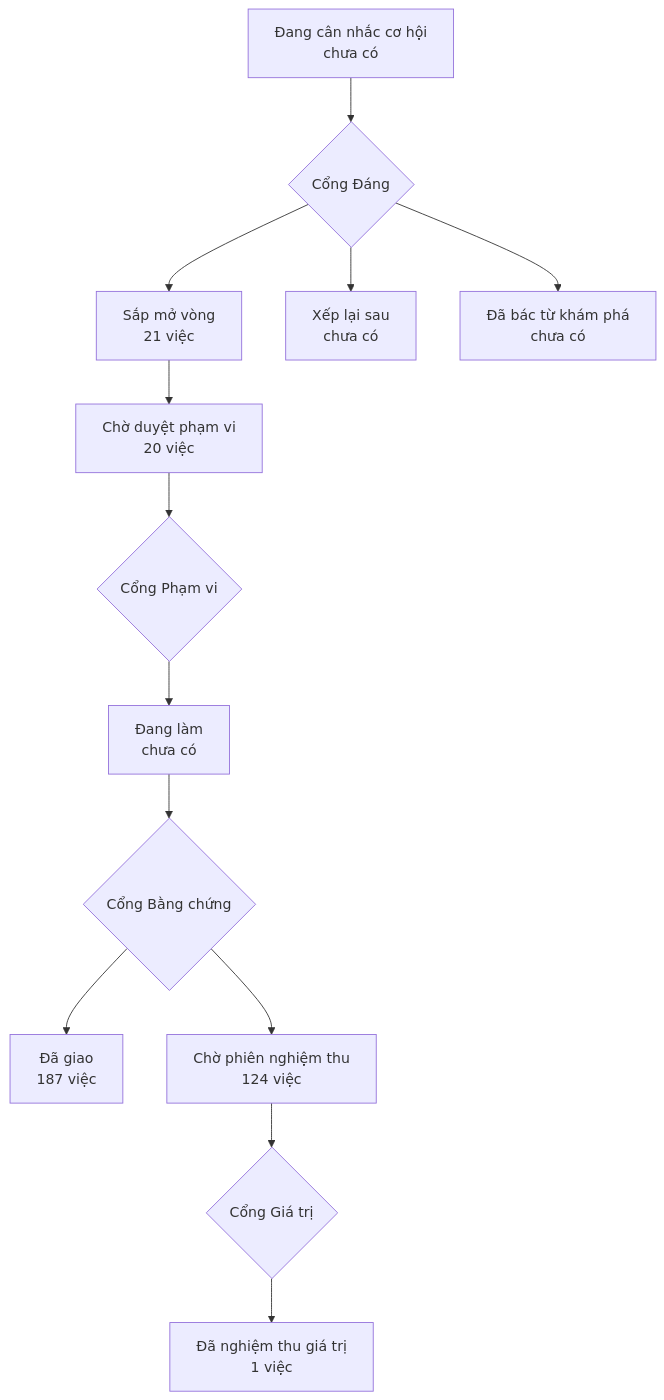
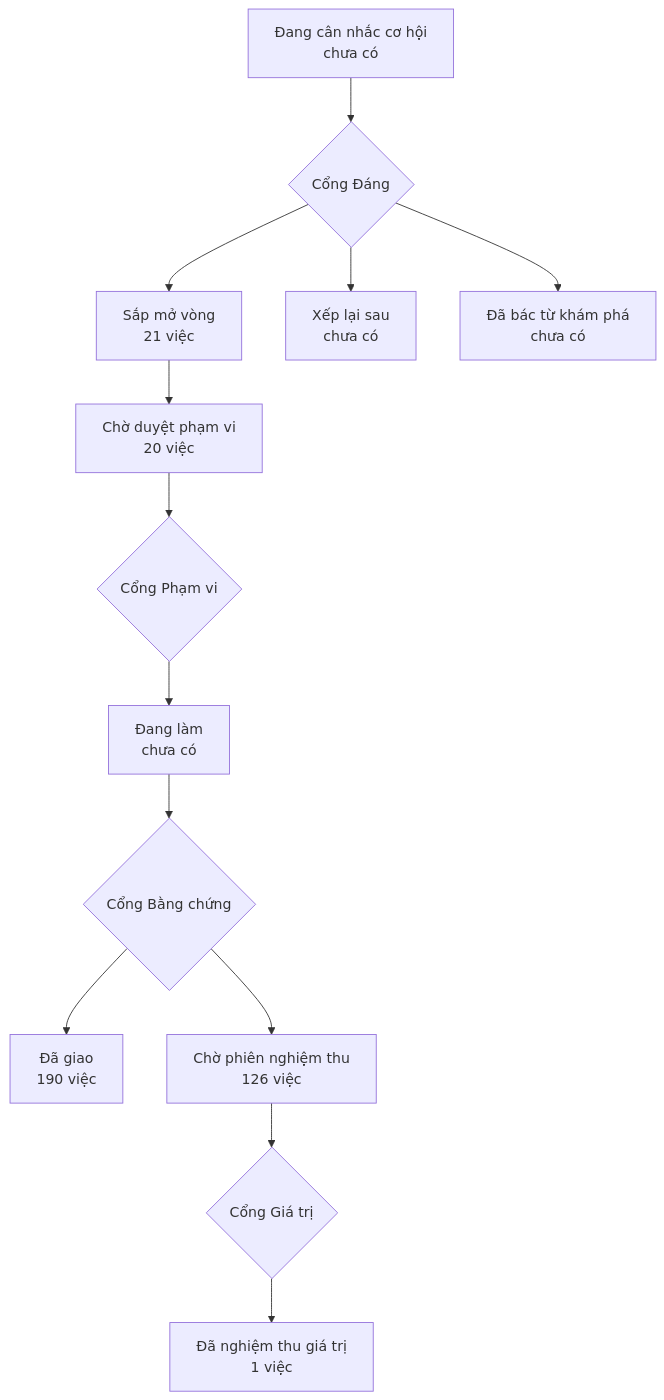
Before and after one commit to phanlemanh/onehub-invest: the diagram in PRODUCT-MAP.md, drawn with Mermaid. The commit also changed other lines of this file and 1 other file, not shown here.

````diff
--- a/PRODUCT-MAP.md
+++ b/PRODUCT-MAP.md
@@ -7,12 +7,12 @@
 ```mermaid
 flowchart TD
   A["Đang cân nhắc cơ hội<br/>chưa có"] --> GD{"Cổng Đáng"}
   GD --> B["Sắp mở vòng<br/>21 việc"]
   GD --> XL["Xếp lại sau<br/>chưa có"]
   GD --> DB["Đã bác từ khám phá<br/>chưa có"]
   B --> CD["Chờ duyệt phạm vi<br/>20 việc"] --> GP{"Cổng Phạm vi"}
   GP --> DL["Đang làm<br/>chưa có"] --> GB{"Cổng Bằng chứng"}
-  GB --> DG["Đã giao<br/>187 việc"]
-  GB --> CN["Chờ phiên nghiệm thu<br/>124 việc"] --> GG{"Cổng Giá trị"}
+  GB --> DG["Đã giao<br/>190 việc"]
+  GB --> CN["Chờ phiên nghiệm thu<br/>126 việc"] --> GG{"Cổng Giá trị"}
   GG --> NT["Đã nghiệm thu giá trị<br/>1 việc"]
 ```
````
